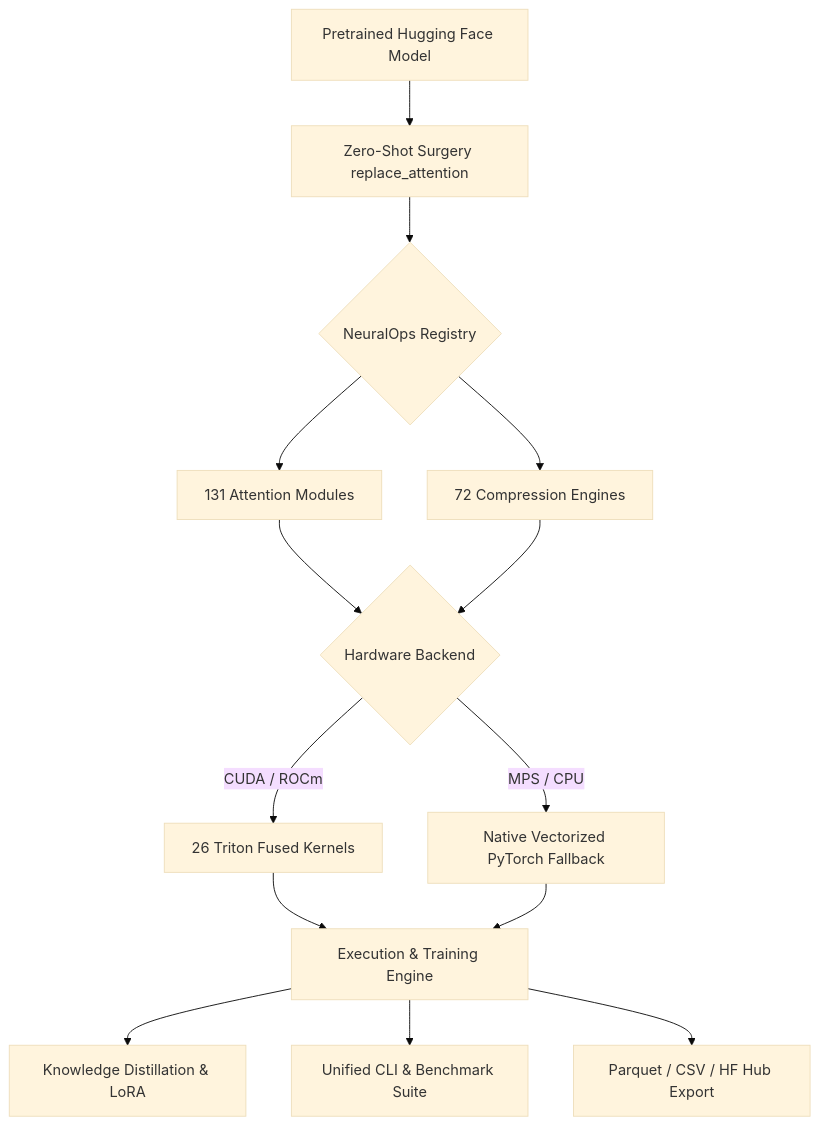
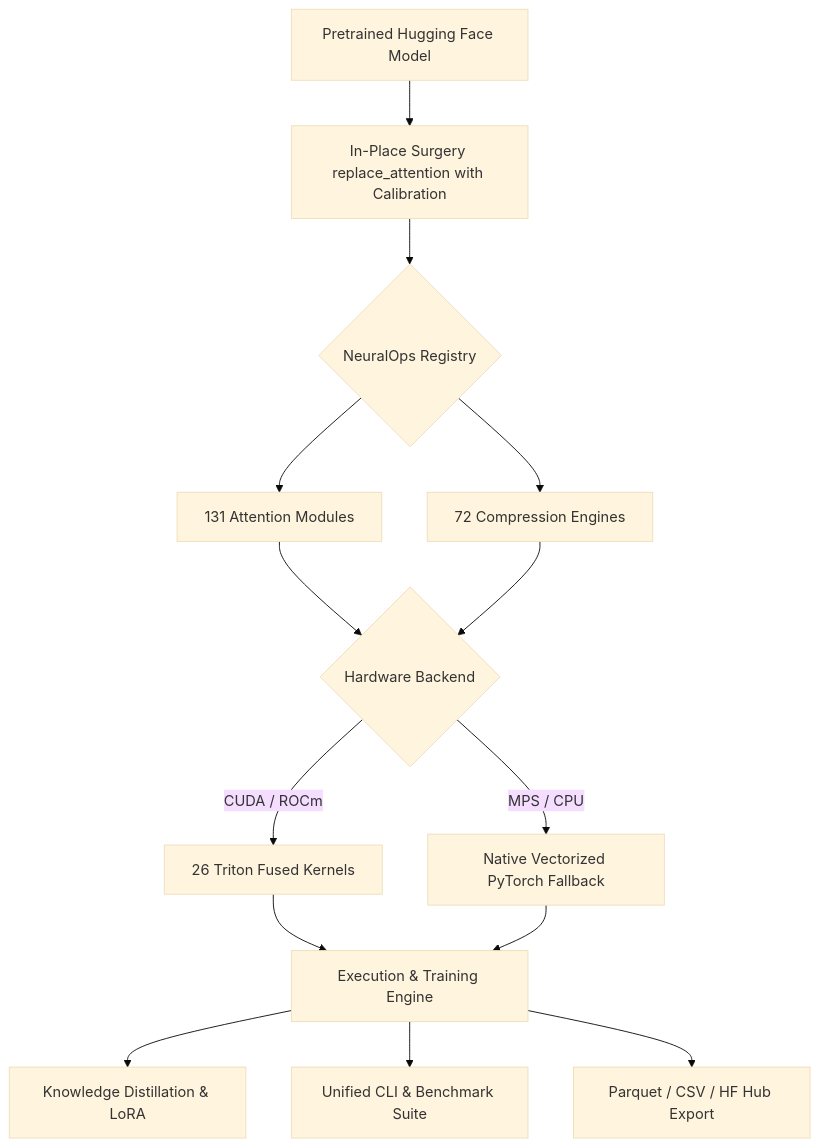
The diagram in README.md (tahamajs/NeuralOps), drawn with Mermaid (base theme) before and after one commit. The commit also changed other lines of this file and 5 other files, not shown here.

````diff
--- a/README.md
+++ b/README.md
@@ -309,21 +309,21 @@
 ```mermaid
 flowchart TD
-    HF[Pretrained Hugging Face Model] --> Surgery[Zero-Shot Surgery replace_attention]
+    HF[Pretrained Hugging Face Model] --> Surgery[In-Place Surgery replace_attention with Calibration]
     Surgery --> Registry{NeuralOps Registry}
     
     Registry --> AttnZoo[131 Attention Modules]
     Registry --> CompEngines[72 Compression Engines]
     
     AttnZoo --> BackendCheck{Hardware Backend}
     CompEngines --> BackendCheck
     
     BackendCheck -- CUDA / ROCm --> Triton[26 Triton Fused Kernels]
     BackendCheck -- MPS / CPU --> Fallback[Native Vectorized PyTorch Fallback]
     
     Triton --> Engine[Execution & Training Engine]
     Fallback --> Engine
     
     Engine --> KD[Knowledge Distillation & LoRA]
     Engine --> Bench[Unified CLI & Benchmark Suite]
     Engine --> Export[Parquet / CSV / HF Hub Export]
 ```
````
